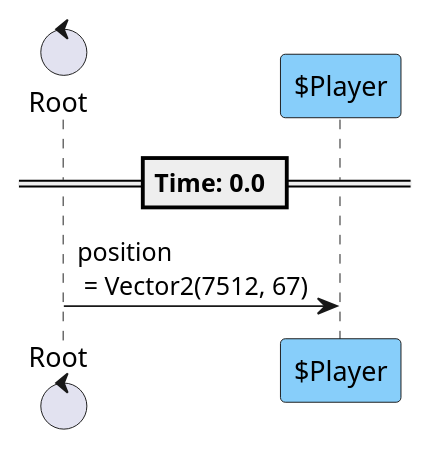
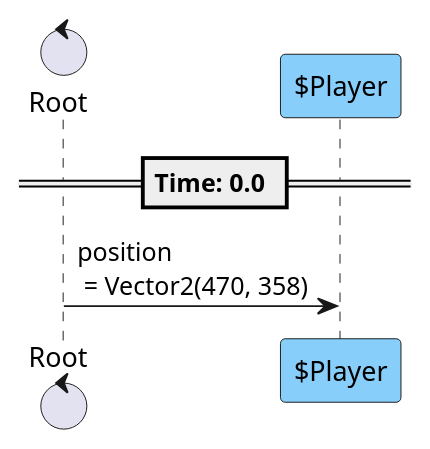
The second of 8 diagrams in content/scenes/src/chapters/0/stages/0/stage_0.tscn.adoc (tkmfujise/Platformer-Game-Learning), drawn with PlantUML before and after one commit. The commit also changed other lines of this file and 246 other files, not shown here.

```diff
--- a/content/scenes/src/chapters/0/stages/0/stage_0.tscn.adoc
+++ b/content/scenes/src/chapters/0/stages/0/stage_0.tscn.adoc
@@ -349,12 +356,12 @@
 [plantuml]
 ....
 control "Root" as R
 participant "$Player" as T0 #87CEFA
 
 
 
 == Time: 0.0 ==
-R  ->  T0 : position\n = Vector2(7512, 67)
+R  ->  T0 : position\n = Vector2(470, 358)
 
 
 ....
```
